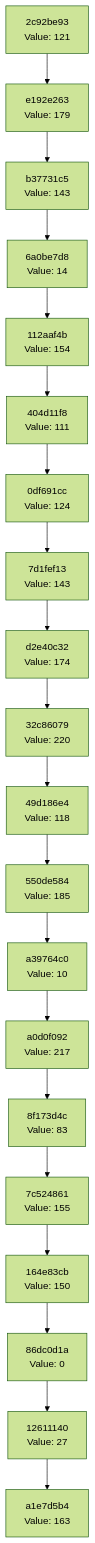
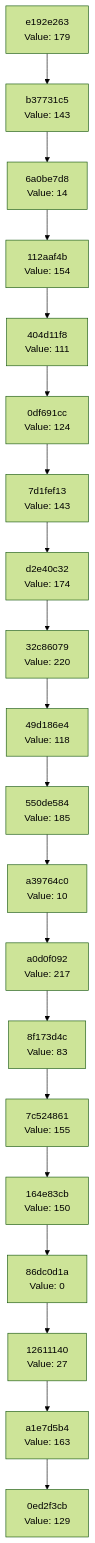
The diagram in docs/CHAIN_VISUALIZATION.md (Abhisheksinha1506/hash-chain-evolver), drawn with Mermaid (forest theme) before and after one commit. The commit also changed 2 other files, not shown here.

Commit message:
Evolution Step

````diff
--- a/docs/CHAIN_VISUALIZATION.md
+++ b/docs/CHAIN_VISUALIZATION.md
@@ -3,42 +3,42 @@
 ```mermaid
 graph TD
-    C0["a1e7d5b4<br/>Value: 163"]
-    C1["12611140<br/>Value: 27"]
+    C0["0ed2f3cb<br/>Value: 129"]
+    C1["a1e7d5b4<br/>Value: 163"]
     C1 --> C0
-    C2["86dc0d1a<br/>Value: 0"]
+    C2["12611140<br/>Value: 27"]
     C2 --> C1
-    C3["164e83cb<br/>Value: 150"]
+    C3["86dc0d1a<br/>Value: 0"]
     C3 --> C2
-    C4["7c524861<br/>Value: 155"]
+    C4["164e83cb<br/>Value: 150"]
     C4 --> C3
-    C5["8f173d4c<br/>Value: 83"]
+    C5["7c524861<br/>Value: 155"]
     C5 --> C4
-    C6["a0d0f092<br/>Value: 217"]
+    C6["8f173d4c<br/>Value: 83"]
     C6 --> C5
-    C7["a39764c0<br/>Value: 10"]
+    C7["a0d0f092<br/>Value: 217"]
     C7 --> C6
-    C8["550de584<br/>Value: 185"]
+    C8["a39764c0<br/>Value: 10"]
     C8 --> C7
-    C9["49d186e4<br/>Value: 118"]
+    C9["550de584<br/>Value: 185"]
     C9 --> C8
-    C10["32c86079<br/>Value: 220"]
+    C10["49d186e4<br/>Value: 118"]
     C10 --> C9
-    C11["d2e40c32<br/>Value: 174"]
+    C11["32c86079<br/>Value: 220"]
     C11 --> C10
-    C12["7d1fef13<br/>Value: 143"]
+    C12["d2e40c32<br/>Value: 174"]
     C12 --> C11
-    C13["0df691cc<br/>Value: 124"]
+    C13["7d1fef13<br/>Value: 143"]
     C13 --> C12
-    C14["404d11f8<br/>Value: 111"]
+    C14["0df691cc<br/>Value: 124"]
     C14 --> C13
-    C15["112aaf4b<br/>Value: 154"]
+    C15["404d11f8<br/>Value: 111"]
     C15 --> C14
-    C16["6a0be7d8<br/>Value: 14"]
+    C16["112aaf4b<br/>Value: 154"]
     C16 --> C15
-    C17["b37731c5<br/>Value: 143"]
+    C17["6a0be7d8<br/>Value: 14"]
     C17 --> C16
-    C18["e192e263<br/>Value: 179"]
+    C18["b37731c5<br/>Value: 143"]
     C18 --> C17
-    C19["2c92be93<br/>Value: 121"]
+    C19["e192e263<br/>Value: 179"]
     C19 --> C18
 ```
````
